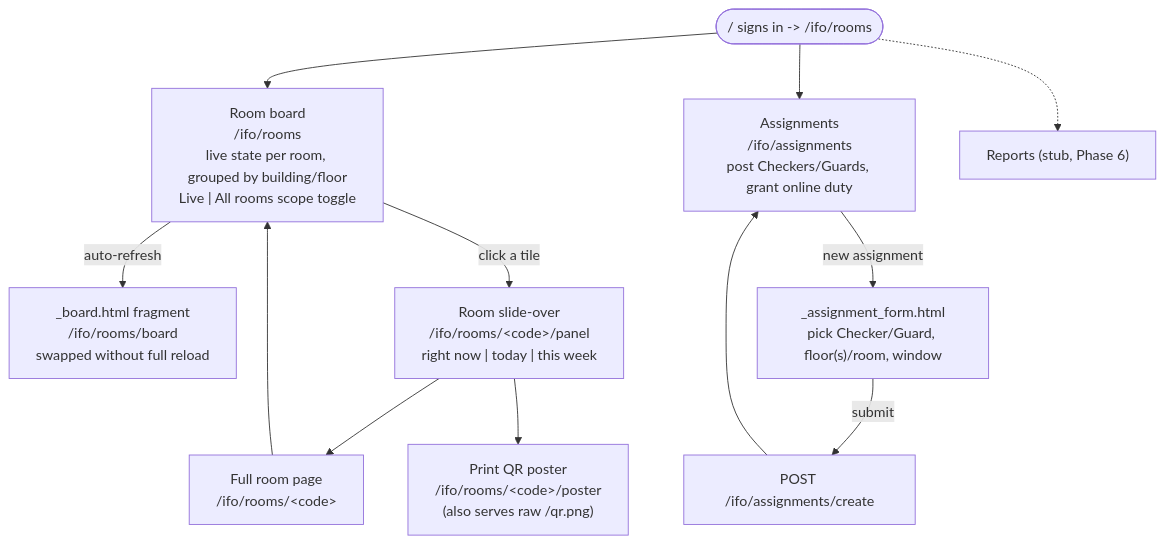
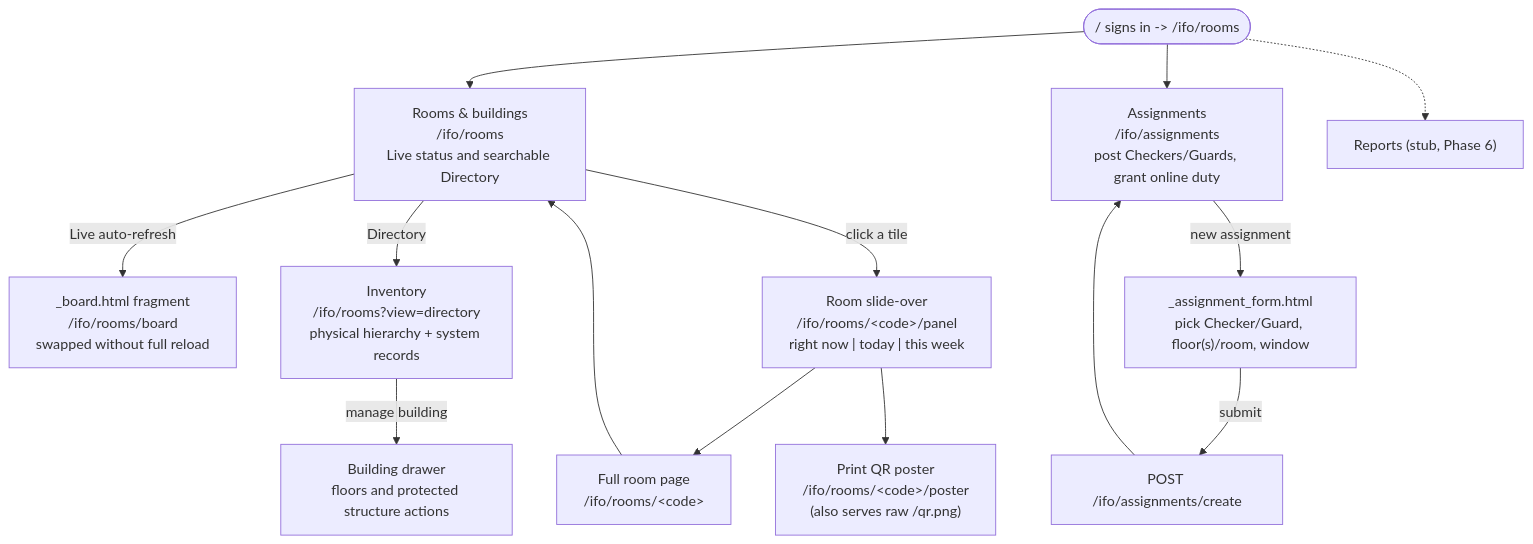
One commit to Shion-main/fluxtrack-main changed the fifth of 8 diagrams in docs/USER_FLOWS.md. Above: the diagram before and after it, drawn with Mermaid. The commit also changed other lines of this file and 25 other files, not shown here.

Commit message:
feat: unify rooms and buildings workspace

````diff
--- a/docs/USER_FLOWS.md
+++ b/docs/USER_FLOWS.md
@@ -164,16 +165,18 @@
 ```mermaid
 flowchart TD
-    Home(["/ signs in -> /ifo/rooms"]) --> Rooms["Room board<br/>/ifo/rooms<br/>live state per room, grouped by building/floor<br/>Live | All rooms scope toggle"]
+    Home(["/ signs in -> /ifo/rooms"]) --> Rooms["Rooms & buildings<br/>/ifo/rooms<br/>Live status and searchable Directory"]
     Home --> Assign["Assignments<br/>/ifo/assignments<br/>post Checkers/Guards, grant online duty"]
     Home -.-> Reports["Reports (stub, Phase 6)"]
 
-    Rooms -->|auto-refresh| Board["_board.html fragment<br/>/ifo/rooms/board<br/>swapped without full reload"]
+    Rooms -->|Live auto-refresh| Board["_board.html fragment<br/>/ifo/rooms/board<br/>swapped without full reload"]
+    Rooms -->|Directory| Directory["Inventory<br/>/ifo/rooms?view=directory<br/>physical hierarchy + system records"]
+    Directory -->|manage building| Building["Building drawer<br/>floors and protected structure actions"]
     Rooms -->|click a tile| Panel["Room slide-over<br/>/ifo/rooms/&lt;code&gt;/panel<br/>right now | today | this week"]
     Panel --> Detail["Full room page<br/>/ifo/rooms/&lt;code&gt;"]
     Panel --> Poster["Print QR poster<br/>/ifo/rooms/&lt;code&gt;/poster<br/>(also serves raw /qr.png)"]
     Detail --> Rooms
 
     Assign -->|new assignment| Form["_assignment_form.html<br/>pick Checker/Guard, floor(s)/room, window"]
     Form -->|submit| AssignPost["POST /ifo/assignments/create"]
     AssignPost --> Assign
 ```
````
